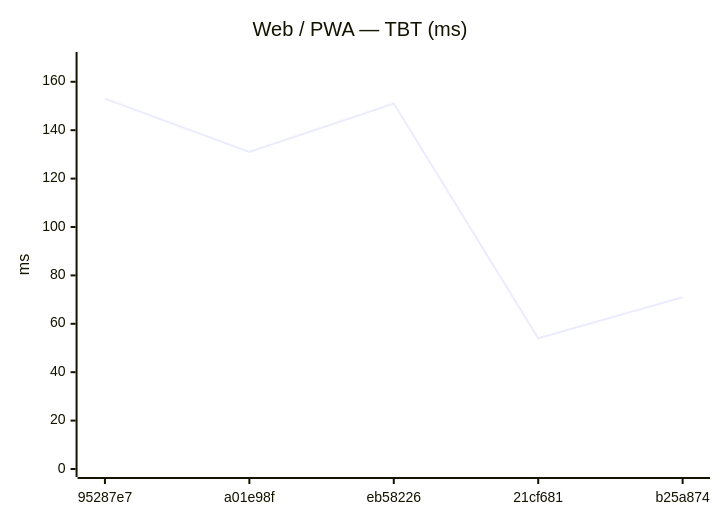
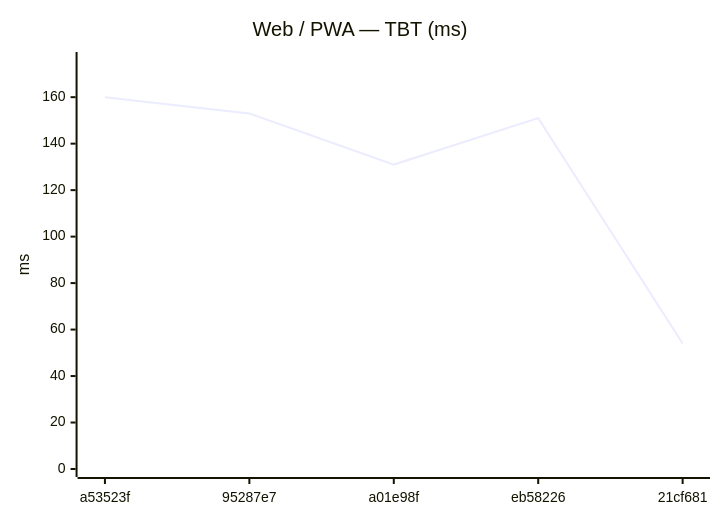
One commit to Metaheurist/Rianell changed the eighth of 18 diagrams in benchmarks/compare.md. Above: the diagram before and after it, drawn with Mermaid. The commit also changed other lines of this file and 11 other files, not shown here.

````diff
--- a/benchmarks/compare.md
+++ b/benchmarks/compare.md
@@ -124,7 +124,7 @@
 ```mermaid
 xychart-beta
     title "Web / PWA — TBT (ms)"
-    x-axis ["95287e7", "a01e98f", "eb58226", "21cf681", "b25a874"]
-    y-axis "ms" 0 --> 169
-    line [153, 131, 151, 54, 71]
+    x-axis ["a53523f", "95287e7", "a01e98f", "eb58226", "21cf681"]
+    y-axis "ms" 0 --> 176
+    line [160, 153, 131, 151, 54]
 ```
````
